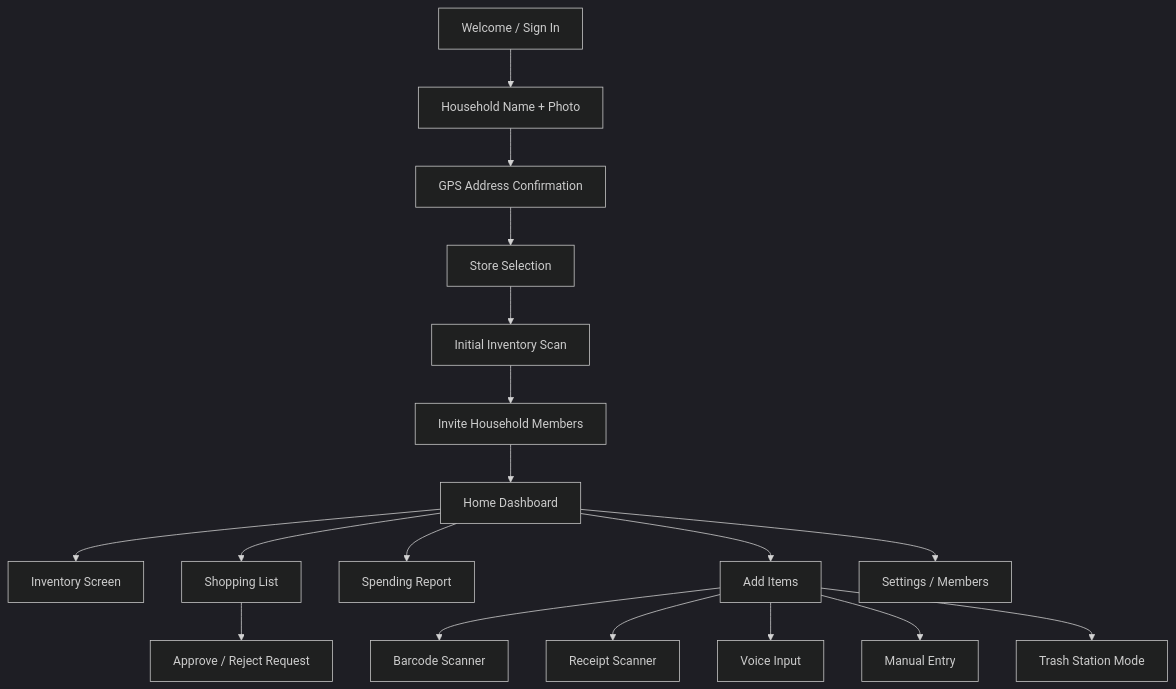
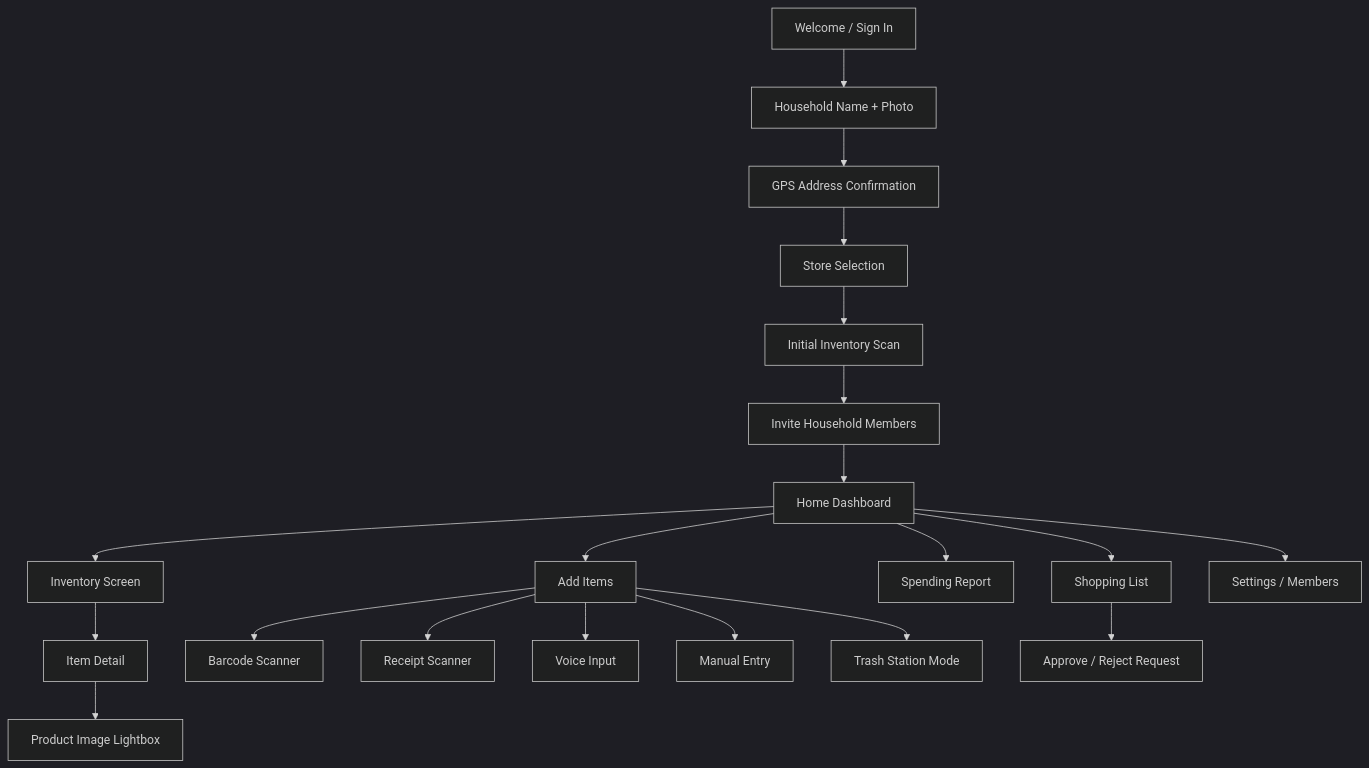
One commit to fernandogator/mekasa changed the diagram in .superdesign/init/routes.md. Above: the diagram before and after it, drawn with Mermaid (dark theme). The commit also changed other lines of this file and 27 other files, not shown here.

First line of the commit message:
Inventory thumbnails + item detail sample (UI-006) (#29)

````diff
--- a/.superdesign/init/routes.md
+++ b/.superdesign/init/routes.md
@@ -16,23 +18,26 @@
 ```mermaid
 flowchart TD
   Welcome[Welcome / Sign In] --> HouseholdSetup[Household Name + Photo]
   HouseholdSetup --> AddressConfirm[GPS Address Confirmation]
   AddressConfirm --> StoreSelection[Store Selection]
   StoreSelection --> InitialScan[Initial Inventory Scan]
   InitialScan --> InviteMembers[Invite Household Members]
   InviteMembers --> Dashboard[Home Dashboard]
 
   Dashboard --> InventoryScreen[Inventory Screen]
   Dashboard --> ShoppingList[Shopping List]
   Dashboard --> SpendingReport[Spending Report]
   Dashboard --> AddItems[Add Items]
   Dashboard --> Settings[Settings / Members]
 
+  InventoryScreen --> ItemDetail[Item Detail]
+  ItemDetail --> ImageLightbox[Product Image Lightbox]
+
   AddItems --> BarcodeScanner[Barcode Scanner]
   AddItems --> ReceiptScanner[Receipt Scanner]
   AddItems --> VoiceInput[Voice Input]
   AddItems --> ManualEntry[Manual Entry]
   AddItems --> TrashStation[Trash Station Mode]
 
   ShoppingList --> RequestApproval[Approve / Reject Request]
 ```
````
